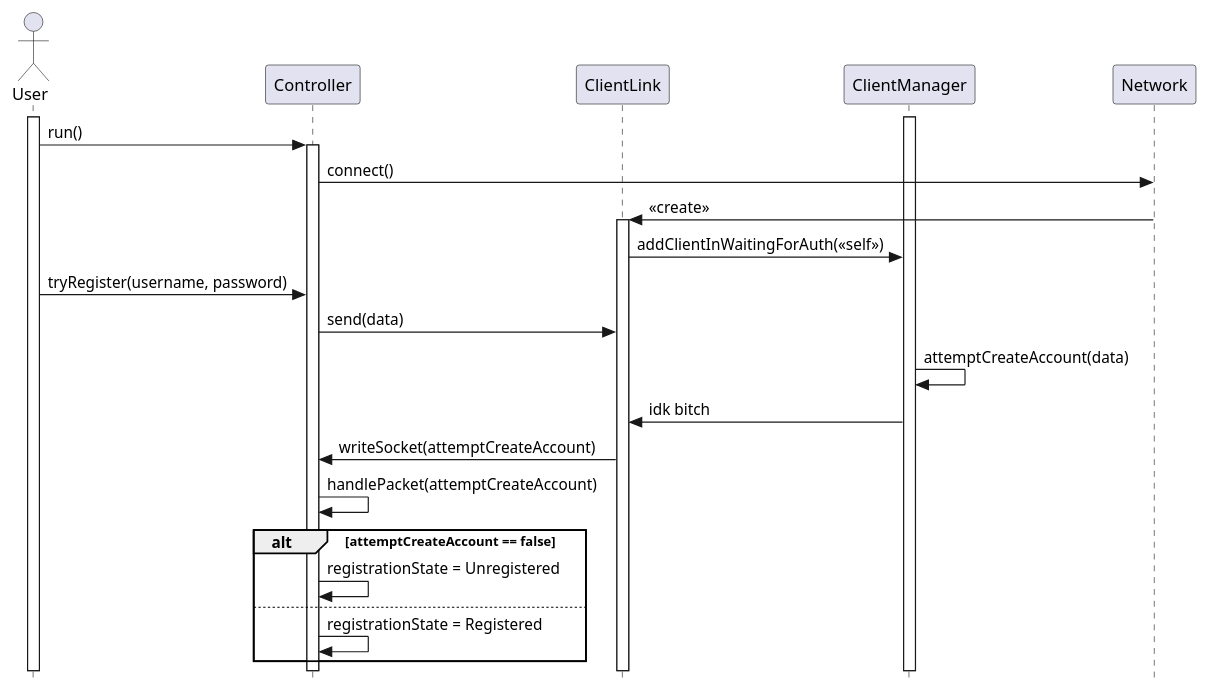
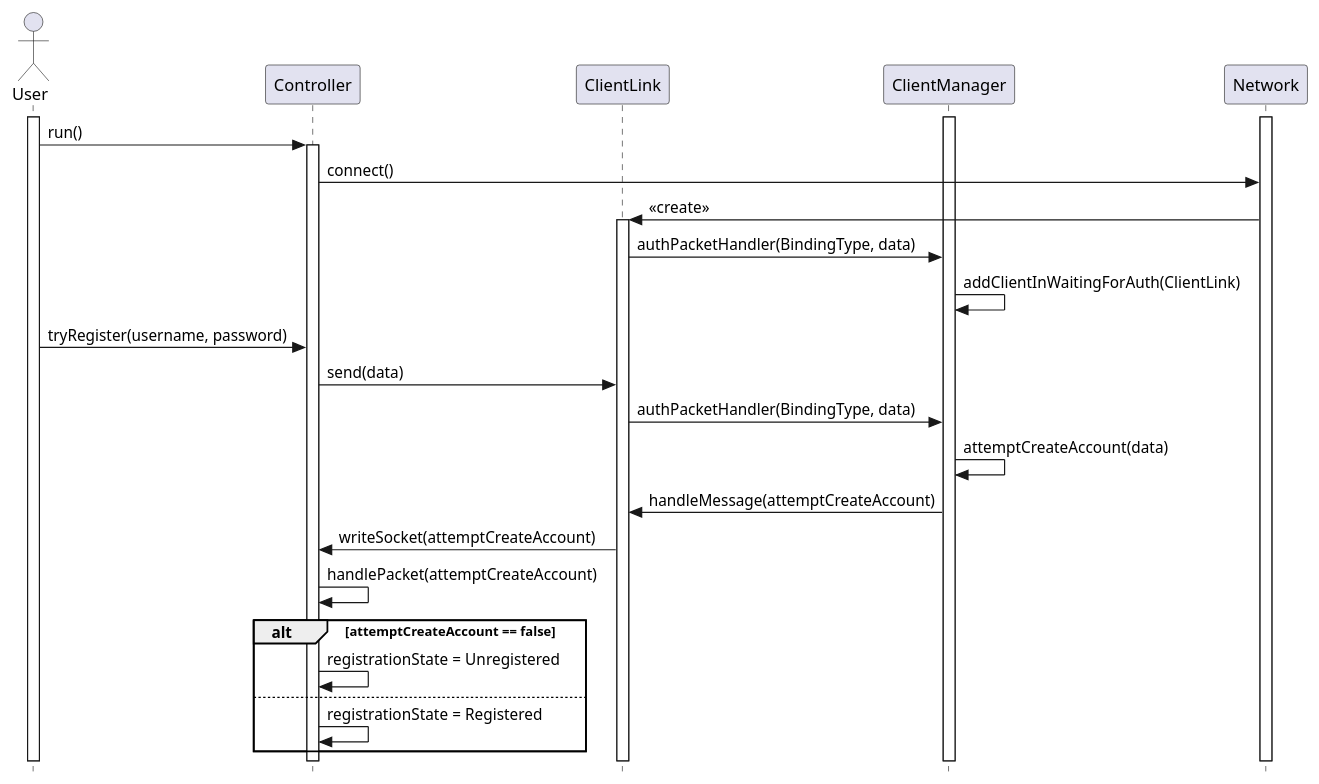
The diagram in doc/uml/sequence/InscriptionSequence.plantuml (ulb-info2-group5/Royal-Blocks), drawn with PlantUML before and after one commit. The commit also changed 8 other files, not shown here.

```diff
--- a/doc/uml/sequence/InscriptionSequence.plantuml
+++ b/doc/uml/sequence/InscriptionSequence.plantuml
@@ -1,30 +1,33 @@
 @startuml InscriptionSequence
 
 skinparam style strictuml
 actor User
 participant Controller
 participant ClientLink
 participant ClientManager
+participant Network
 
+activate Network
 activate ClientManager
 activate User
 User -> Controller : run()
 activate Controller
 Controller -> Network : connect()
 Network -> ClientLink : <<create>> 
 activate ClientLink
-ClientLink -> ClientManager : addClientInWaitingForAuth(<<self>>)
+ClientLink -> ClientManager : authPacketHandler(BindingType, data)
+ClientManager -> ClientManager : addClientInWaitingForAuth(ClientLink)
 
 User -> Controller : tryRegister(username, password)
 Controller -> ClientLink : send(data)
-
+ClientLink -> ClientManager : authPacketHandler(BindingType, data)
 ClientManager -> ClientManager : attemptCreateAccount(data)
-ClientManager -> ClientLink : idk bitch 
+ClientManager -> ClientLink : handleMessage(attemptCreateAccount)
 ClientLink -> Controller : writeSocket(attemptCreateAccount)
 Controller -> Controller : handlePacket(attemptCreateAccount)
 alt attemptCreateAccount == false
     Controller -> Controller : registrationState = Unregistered
 else 
     Controller -> Controller : registrationState = Registered
 end 
 @enduml
```
